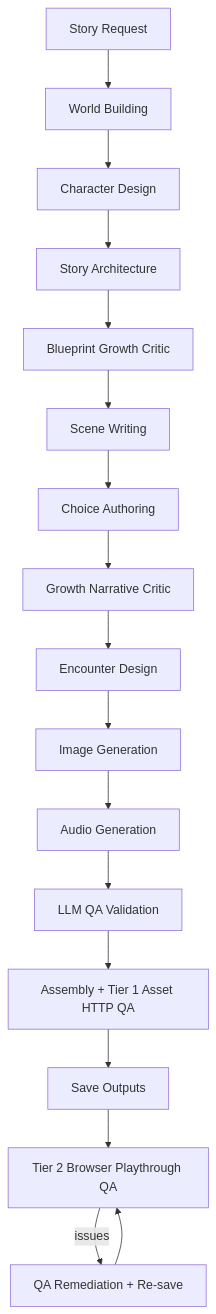
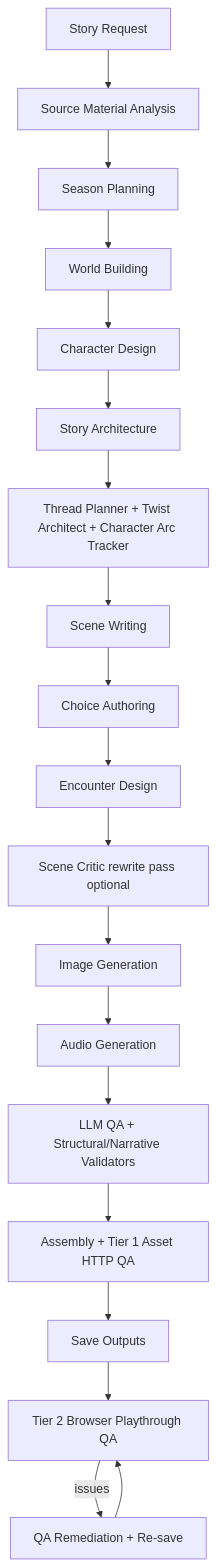
The diagram in docs/TDD.md (chris-heatherly/storyrpg), drawn with Mermaid before and after one commit. The commit also changed other lines of this file and 5 other files, not shown here.

````diff
--- a/docs/TDD.md
+++ b/docs/TDD.md
@@ -773,19 +808,21 @@
 ```mermaid
 graph TD
-    A[Story Request] --> B[World Building]
+    A[Story Request] --> SA[Source Material Analysis]
+    SA --> SP[Season Planning]
+    SP --> B[World Building]
     B --> C[Character Design]
     C --> D[Story Architecture]
-    D --> D2[Blueprint Growth Critic]
-    D2 --> E[Scene Writing]
+    D --> TP[Thread Planner + Twist Architect + Character Arc Tracker]
+    TP --> E[Scene Writing]
     E --> F[Choice Authoring]
-    F --> F2[Growth Narrative Critic]
-    F2 --> G[Encounter Design]
-    G --> H[Image Generation]
+    F --> G[Encounter Design]
+    G --> SC[Scene Critic rewrite pass optional]
+    SC --> H[Image Generation]
     H --> I[Audio Generation]
-    I --> J[LLM QA Validation]
+    I --> J[LLM QA + Structural/Narrative Validators]
     J --> K[Assembly + Tier 1 Asset HTTP QA]
     K --> L[Save Outputs]
     L --> M[Tier 2 Browser Playthrough QA]
     M -- issues --> N[QA Remediation + Re-save]
     N --> M
 ```
````
